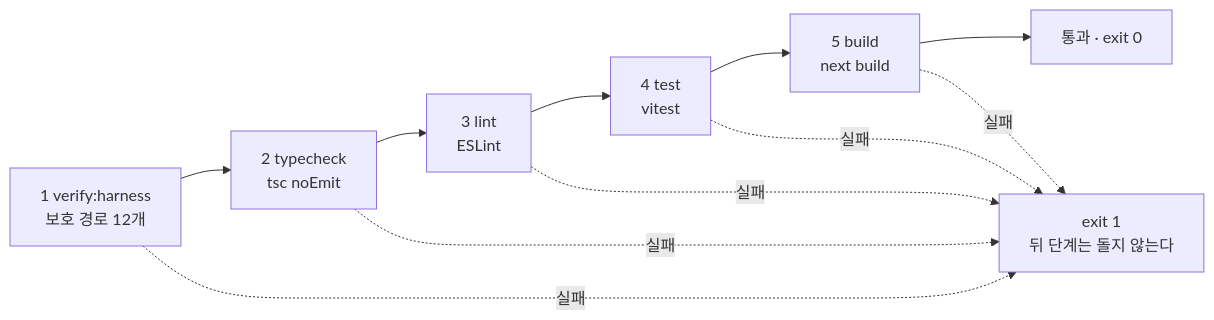
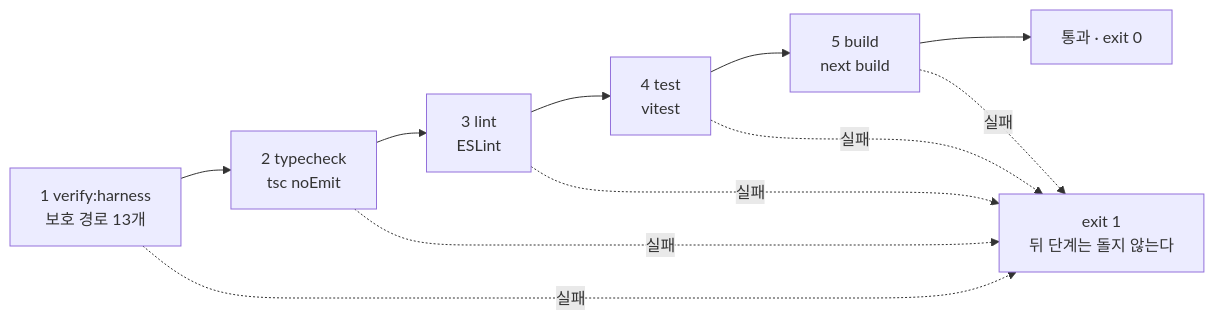
Before and after one commit to overpassion/inventory-poc: the third of 5 diagrams in docs/harness/03-loop-diagram.md, drawn with Mermaid. The commit also changed other lines of this file and 7 other files, not shown here.

````diff
--- a/docs/harness/03-loop-diagram.md
+++ b/docs/harness/03-loop-diagram.md
@@ -51,15 +73,15 @@
 ```mermaid
 flowchart LR
-    S1["1 verify:harness<br/>보호 경로 12개"] --> S2["2 typecheck<br/>tsc noEmit"]
+    S1["1 verify:harness<br/>보호 경로 13개"] --> S2["2 typecheck<br/>tsc noEmit"]
     S2 --> S3["3 lint<br/>ESLint"]
     S3 --> S4["4 test<br/>vitest"]
     S4 --> S5["5 build<br/>next build"]
     S5 --> PASS["통과 · exit 0"]
 
     S1 -.->|"실패"| HALT
     S2 -.->|"실패"| HALT
     S3 -.->|"실패"| HALT
     S4 -.->|"실패"| HALT
     S5 -.->|"실패"| HALT
     HALT["exit 1<br/>뒤 단계는 돌지 않는다"]
 ```
````
